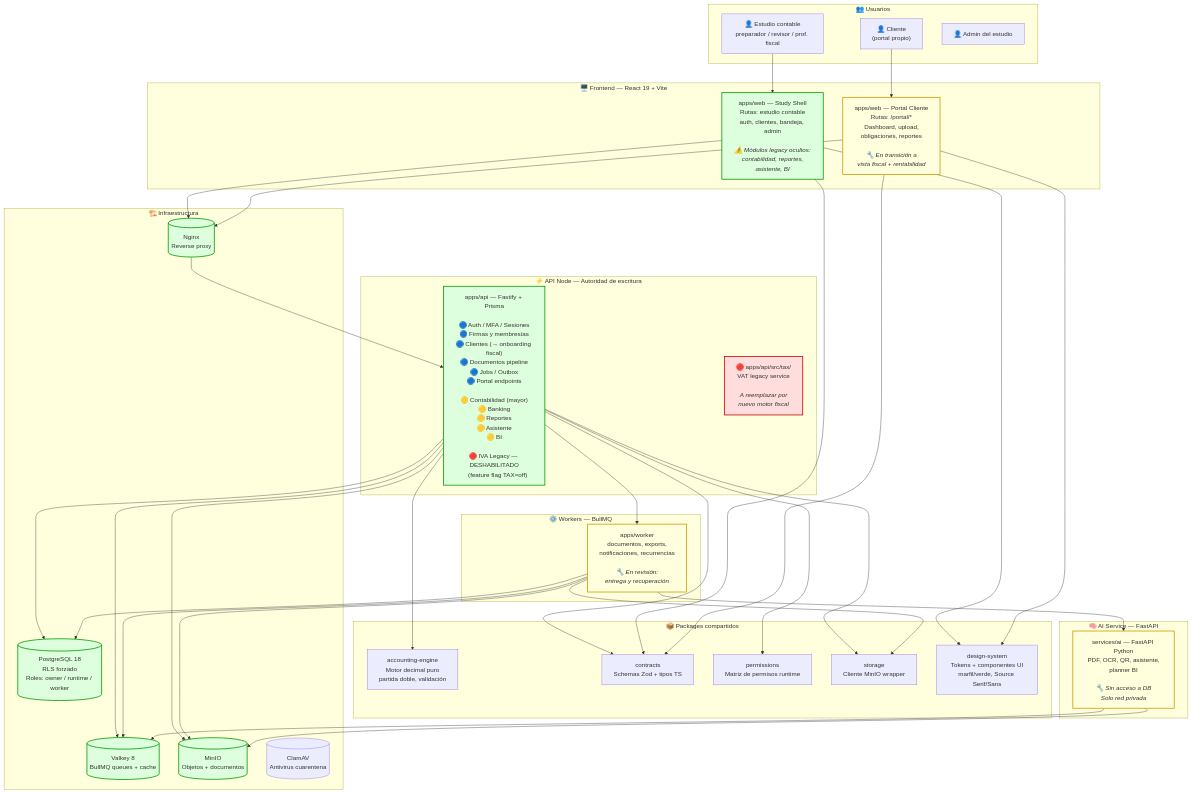
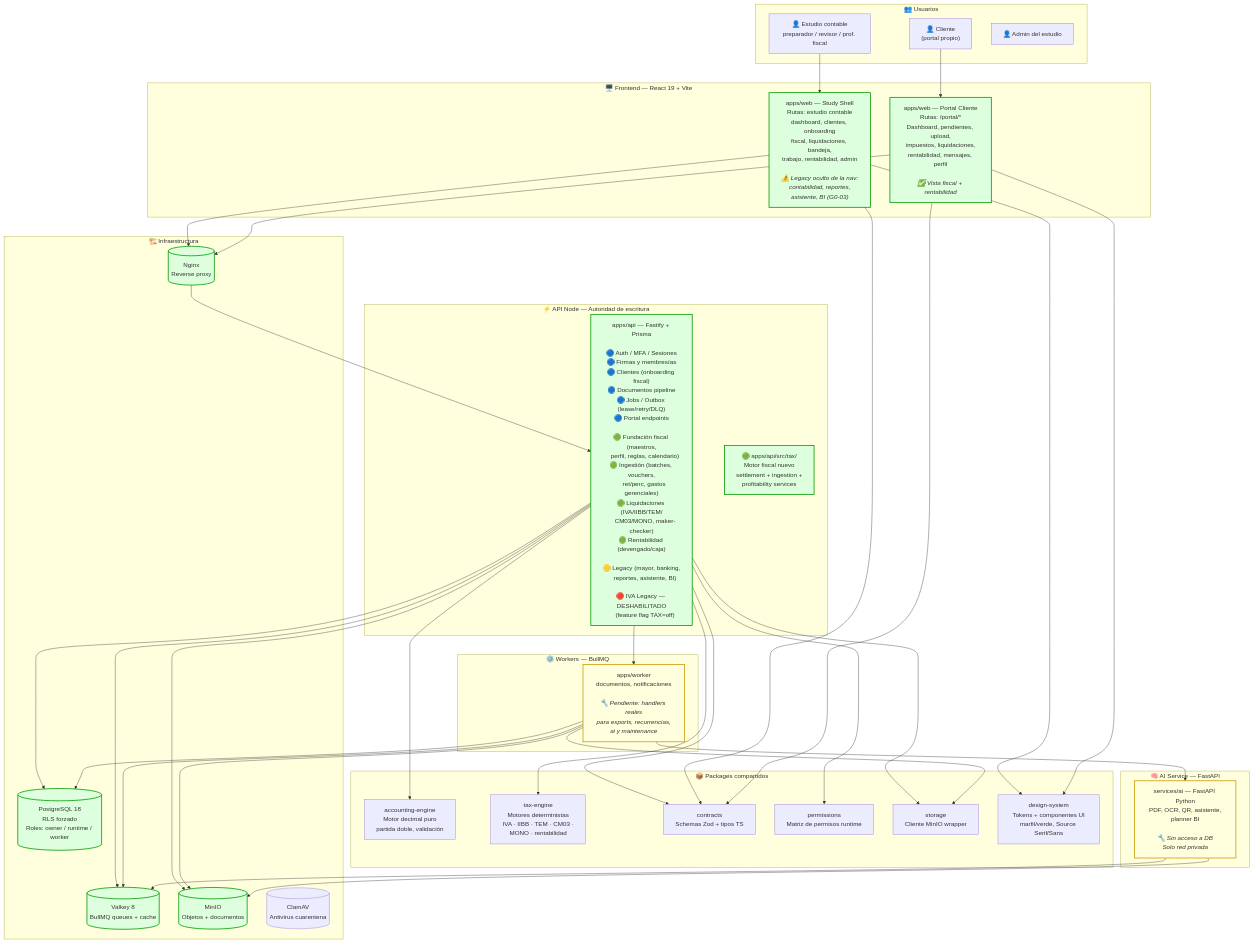
Before and after one commit to TataInti/contable: the first of 3 diagrams in docs/architecture-overview.md, drawn with Mermaid. The commit also changed other lines of this file and 58 other files, not shown here.

````diff
--- a/docs/architecture-overview.md
+++ b/docs/architecture-overview.md
@@ -16,17 +16,17 @@
     end
 
     subgraph Frontend["🖥️ Frontend — React 19 + Vite"]
-        WEB_STUDY["apps/web — Study Shell<br/>Rutas: estudio contable<br/>auth, clientes, bandeja, admin<br/><br/><i>⚠️ Módulos legacy ocultos:<br/>contabilidad, reportes,<br/>asistente, BI</i>"]
-        WEB_PORTAL["apps/web — Portal Cliente<br/>Rutas: /portal/*<br/>Dashboard, upload,<br/>obligaciones, reportes<br/><br/><i>🔧 En transición a<br/>vista fiscal + rentabilidad</i>"]
+        WEB_STUDY["apps/web — Study Shell<br/>Rutas: estudio contable<br/>dashboard, clientes, onboarding<br/>fiscal, liquidaciones, bandeja,<br/>trabajo, rentabilidad, admin<br/><br/><i>⚠️ Legacy oculto de la nav:<br/>contabilidad, reportes,<br/>asistente, BI (G0-03)</i>"]
+        WEB_PORTAL["apps/web — Portal Cliente<br/>Rutas: /portal/*<br/>Dashboard, pendientes, upload,<br/>impuestos, liquidaciones,<br/>rentabilidad, mensajes, perfil<br/><br/><i>✅ Vista fiscal + rentabilidad</i>"]
     end
 
     subgraph API["⚡ API Node — Autoridad de escritura"]
-        FASTIFY["apps/api — Fastify + Prisma<br/><br/>🔵 Auth / MFA / Sesiones<br/>🔵 Firmas y membresías<br/>🔵 Clientes (→ onboarding fiscal)<br/>🔵 Documentos pipeline<br/>🔵 Jobs / Outbox<br/>🔵 Portal endpoints<br/><br/>🟡 Contabilidad (mayor)<br/>🟡 Banking<br/>🟡 Reportes<br/>🟡 Asistente<br/>🟡 BI<br/><br/>🔴 IVA Legacy — DESHABILITADO<br/>&nbsp;&nbsp;&nbsp;&nbsp;(feature flag TAX=off)"]
-        TAX_SVC["🔴 apps/api/src/tax/<br/>VAT legacy service<br/><br/><i>A reemplazar por<br/>nuevo motor fiscal</i>"]
+        FASTIFY["apps/api — Fastify + Prisma<br/><br/>🔵 Auth / MFA / Sesiones<br/>🔵 Firmas y membresías<br/>🔵 Clientes (onboarding fiscal)<br/>🔵 Documentos pipeline<br/>🔵 Jobs / Outbox (lease/retry/DLQ)<br/>🔵 Portal endpoints<br/><br/>🟢 Fundación fiscal (maestros,<br/>&nbsp;&nbsp;&nbsp;&nbsp;perfil, reglas, calendario)<br/>🟢 Ingestión (batches, vouchers,<br/>&nbsp;&nbsp;&nbsp;&nbsp;ret/perc, gastos gerenciales)<br/>🟢 Liquidaciones (IVA/IIBB/TEM/<br/>&nbsp;&nbsp;&nbsp;&nbsp;CM03/MONO, maker-checker)<br/>🟢 Rentabilidad (devengado/caja)<br/><br/>🟡 Legacy (mayor, banking,<br/>&nbsp;&nbsp;&nbsp;&nbsp;reportes, asistente, BI)<br/><br/>🔴 IVA Legacy — DESHABILITADO<br/>&nbsp;&nbsp;&nbsp;&nbsp;(feature flag TAX=off)"]
+        TAX_SVC["🟢 apps/api/src/tax/<br/>Motor fiscal nuevo<br/>settlement + ingestion +<br/>profitability services"]
     end
 
     subgraph Workers["⚙️ Workers — BullMQ"]
-        WORKER["apps/worker<br/>documentos, exports,<br/>notificaciones, recurrencias<br/><br/><i>🔧 En revisión:<br/>entrega y recuperación</i>"]
+        WORKER["apps/worker<br/>documentos, notificaciones<br/><br/><i>🔧 Pendiente: handlers reales<br/>para exports, recurrencias,<br/>ai y maintenance</i>"]
     end
 
     subgraph AI["🧠 AI Service — FastAPI"]
@@ -35,6 +35,7 @@
 
     subgraph Packages["📦 Packages compartidos"]
         ENG["accounting-engine<br/>Motor decimal puro<br/>partida doble, validación"]
+        TAXENG["tax-engine<br/>Motores deterministas<br/>IVA · IIBB · TEM · CM03 ·<br/>MONO · rentabilidad"]
         CONTRACTS["contracts<br/>Schemas Zod + tipos TS"]
         PERMS["permissions<br/>Matriz de permisos runtime"]
         STORAGE["storage<br/>Cliente MinIO wrapper"]
@@ -74,6 +75,7 @@
 
     %% Packages
     FASTIFY --> ENG
+    FASTIFY --> TAXENG
     FASTIFY --> CONTRACTS
     FASTIFY --> PERMS
     FASTIFY --> STORAGE
@@ -89,7 +91,7 @@
     classDef stable fill:#dfd,stroke:#090,stroke-width:2px
     classDef infra fill:#eef,stroke:#66c,stroke-width:1px,stroke-dasharray: 3
 
-    class TAX_SVC legacy
-    class WEB_PORTAL,WORKER,FASTAPI transition
-    class FASTIFY,WEB_STUDY,PG,VK,MO,NX stable
+    class TAX_SVC stable
+    class WORKER,FASTAPI transition
+    class FASTIFY,WEB_STUDY,WEB_PORTAL,PG,VK,MO,NX stable
 ```
````
